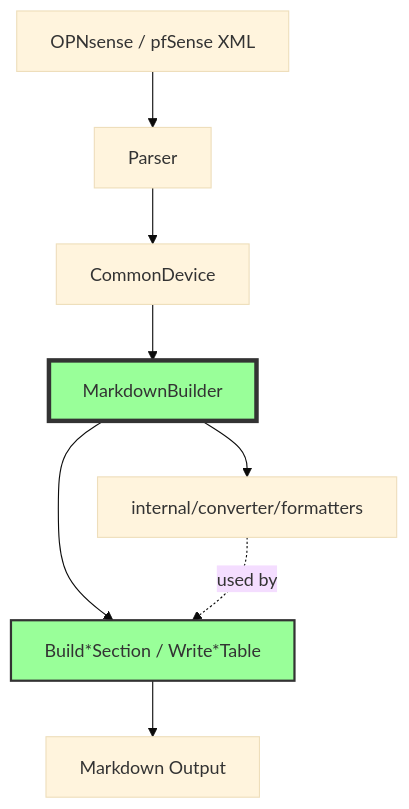
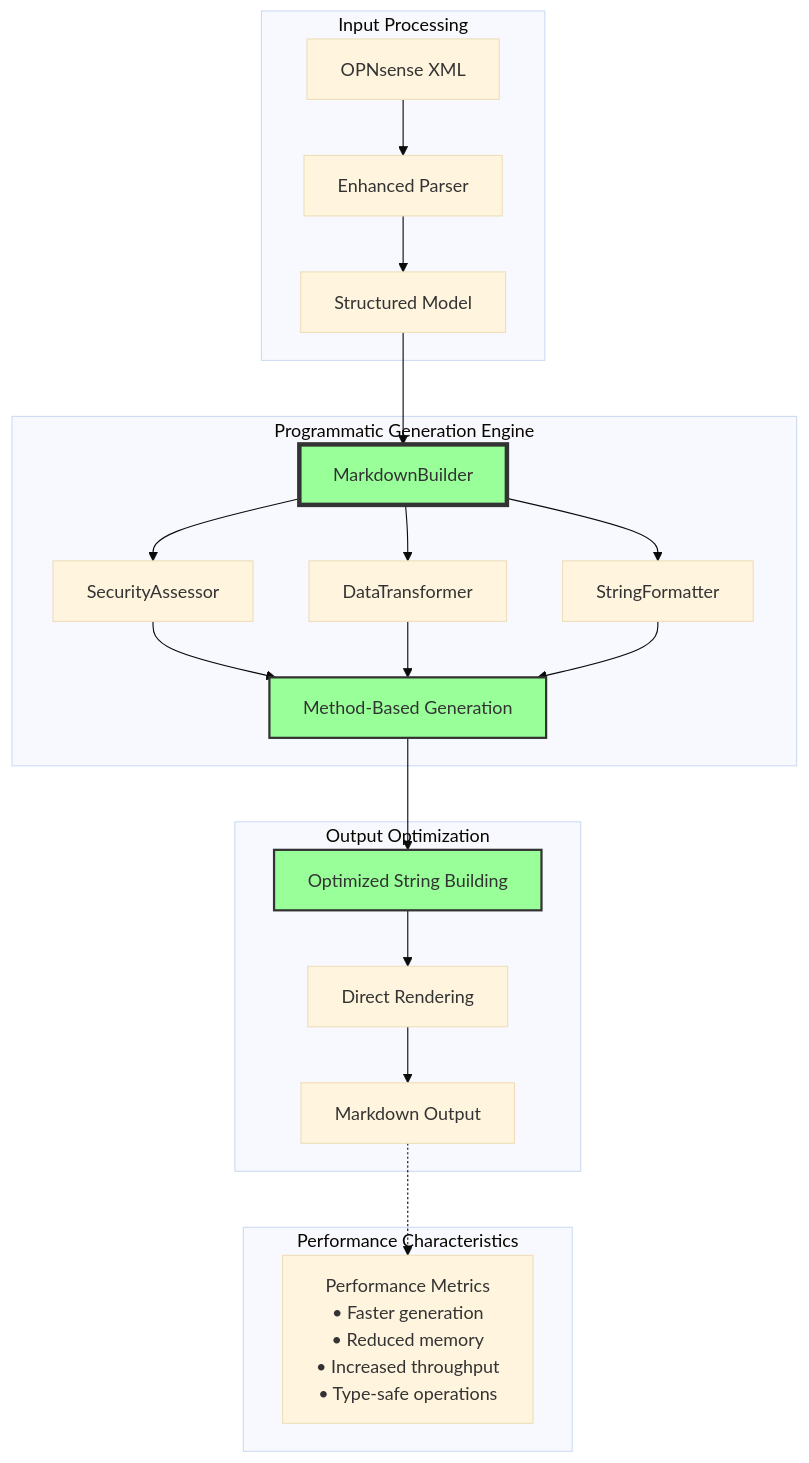
One commit to EvilBit-Labs/opnDossier changed the fifth of 8 diagrams in docs/development/architecture/pipelines.md. Above: the diagram before and after it, drawn with Mermaid (base theme). The commit also changed other lines of this file and 190 other files, not shown here.

````diff
--- a/docs/development/architecture/pipelines.md
+++ b/docs/development/architecture/pipelines.md
@@ -333,13 +360,34 @@
 ```mermaid
 graph TD
-    XML[OPNsense / pfSense XML] --> Parser[Parser]
-    Parser --> Model[CommonDevice]
-    Model --> Builder[MarkdownBuilder]
-    Builder --> Formatters[internal/converter/formatters]
-    Builder --> Sections[Build*Section / Write*Table]
-    Sections --> Output[Markdown Output]
-    Formatters -. used by .-> Sections
+    subgraph "Input Processing"
+        XML[OPNsense XML] --> Parser[Enhanced Parser]
+        Parser --> Model[Structured Model]
+    end
+
+    subgraph "Programmatic Generation Engine"
+        Model --> Builder[MarkdownBuilder]
+        Builder --> Security[SecurityAssessor]
+        Builder --> Transform[DataTransformer]
+        Builder --> Format[StringFormatter]
+
+        Security --> Methods[Method-Based Generation]
+        Transform --> Methods
+        Format --> Methods
+    end
+
+    subgraph "Output Optimization"
+        Methods --> StringBuild[Optimized String Building]
+        StringBuild --> Render[Direct Rendering]
+        Render --> Output[Markdown Output]
+    end
+
+    subgraph "Performance Characteristics"
+        Metrics[Performance Metrics<br/>• Faster generation<br/>• Reduced memory<br/>• Increased throughput<br/>• Type-safe operations]
+    end
+
+    Output -.-> Metrics
 
     style Builder fill:#99ff99,stroke:#333,stroke-width:4px
-    style Sections fill:#99ff99,stroke:#333,stroke-width:2px
+    style Methods fill:#99ff99,stroke:#333,stroke-width:2px
+    style StringBuild fill:#99ff99,stroke:#333,stroke-width:2px
 ```
````
